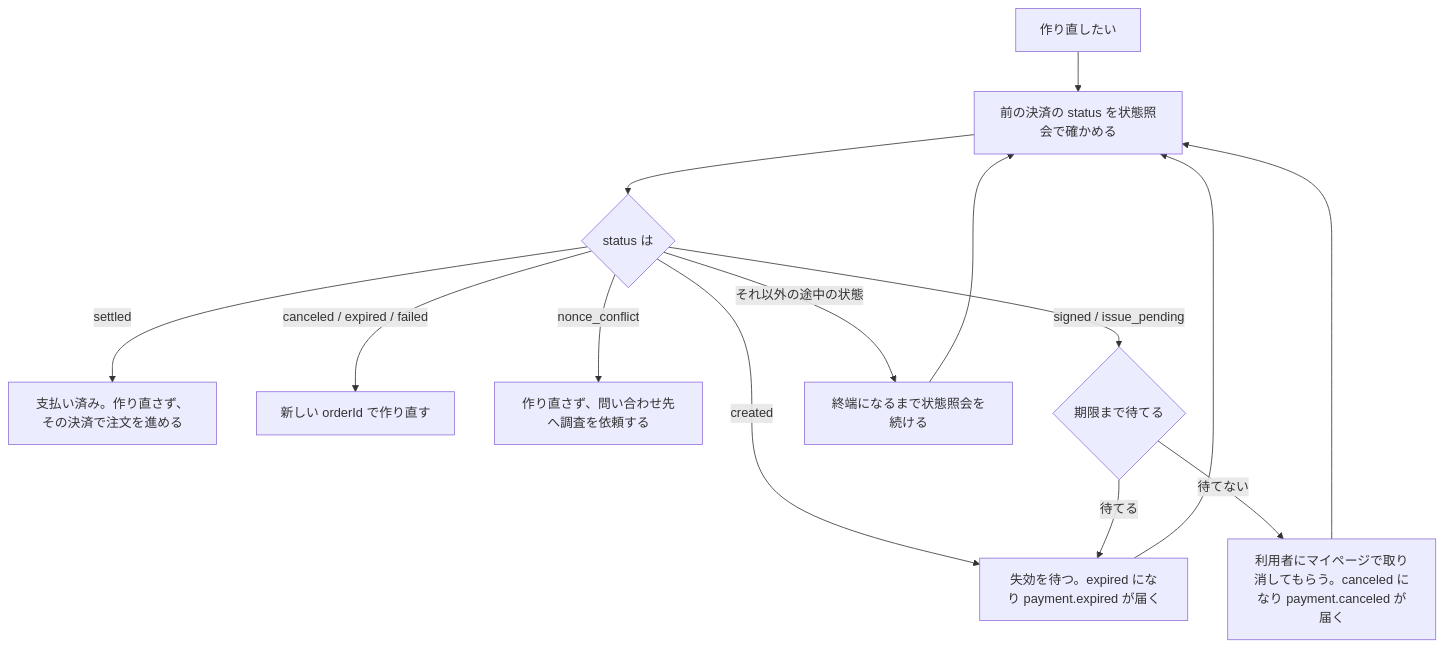
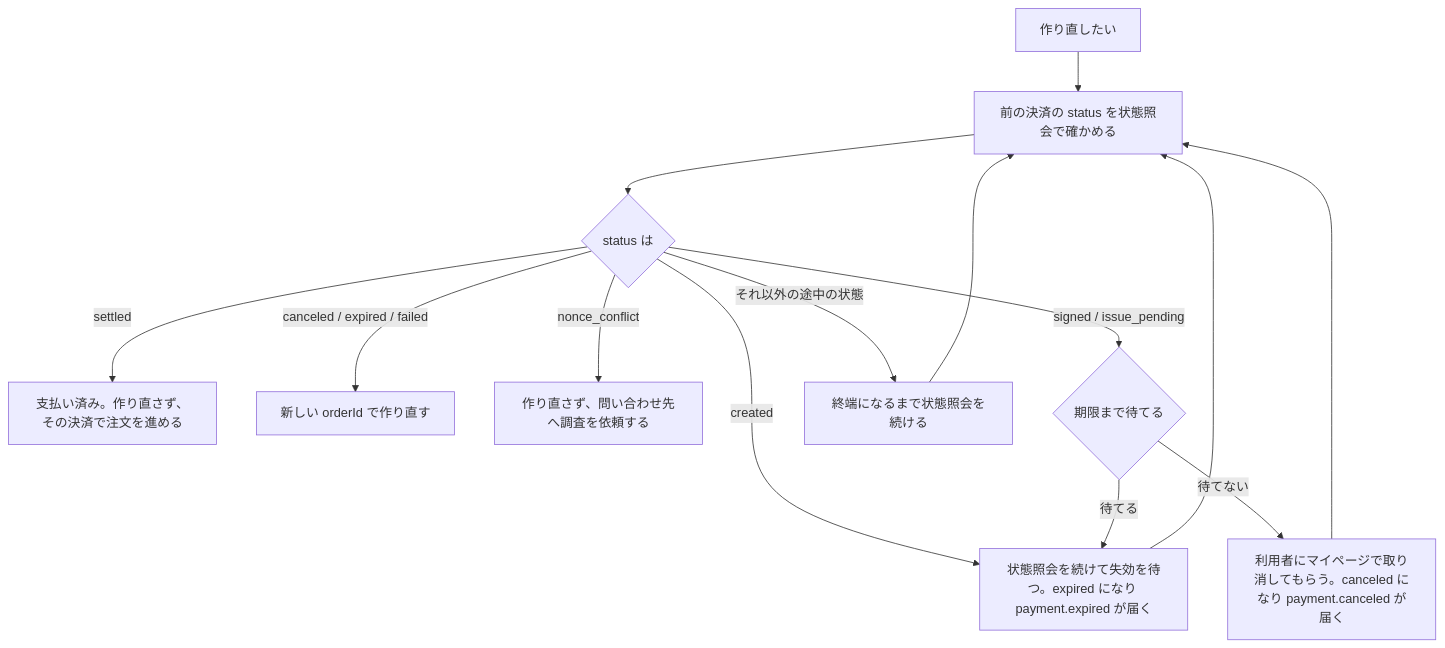
The diagram in docs-site/docs/client/integrate-existing-ec.md (ango-ya/stbl-pay-site), drawn with Mermaid before and after one commit. The commit also changed other lines of this file and 1 other file, not shown here.

Commit message:
fix(docs): 作り直しで待つ間も状態照会を続け、created が signed になるなど状態が変わったら最初からやり直すと書く

````diff
--- a/docs-site/docs/client/integrate-existing-ec.md
+++ b/docs-site/docs/client/integrate-existing-ec.md
@@ -36,16 +36,16 @@
 ```mermaid
 flowchart TD
   A[作り直したい] --> B[前の決済の status を状態照会で確かめる]
   B --> C{status は}
   C -- settled --> D[支払い済み。作り直さず、その決済で注文を進める]
   C -- canceled / expired / failed --> E[新しい orderId で作り直す]
   C -- nonce_conflict --> F[作り直さず、問い合わせ先へ調査を依頼する]
   C -- created --> H
   C -- signed / issue_pending --> G{期限まで待てる}
   C -- それ以外の途中の状態 --> J[終端になるまで状態照会を続ける]
   J --> B
-  G -- 待てる --> H[失効を待つ。expired になり payment.expired が届く]
+  G -- 待てる --> H[状態照会を続けて失効を待つ。expired になり payment.expired が届く]
   G -- 待てない --> I[利用者にマイページで取り消してもらう。canceled になり payment.canceled が届く]
   H --> B
   I --> B
 ```
````
